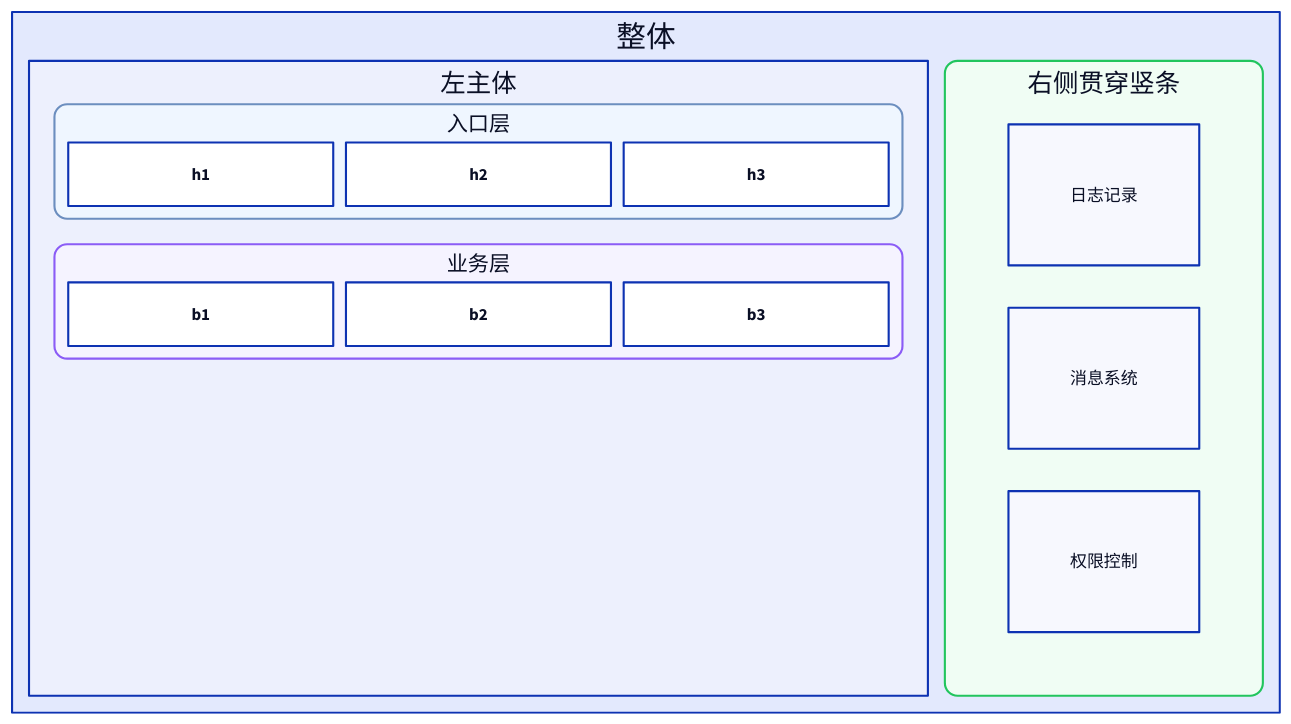
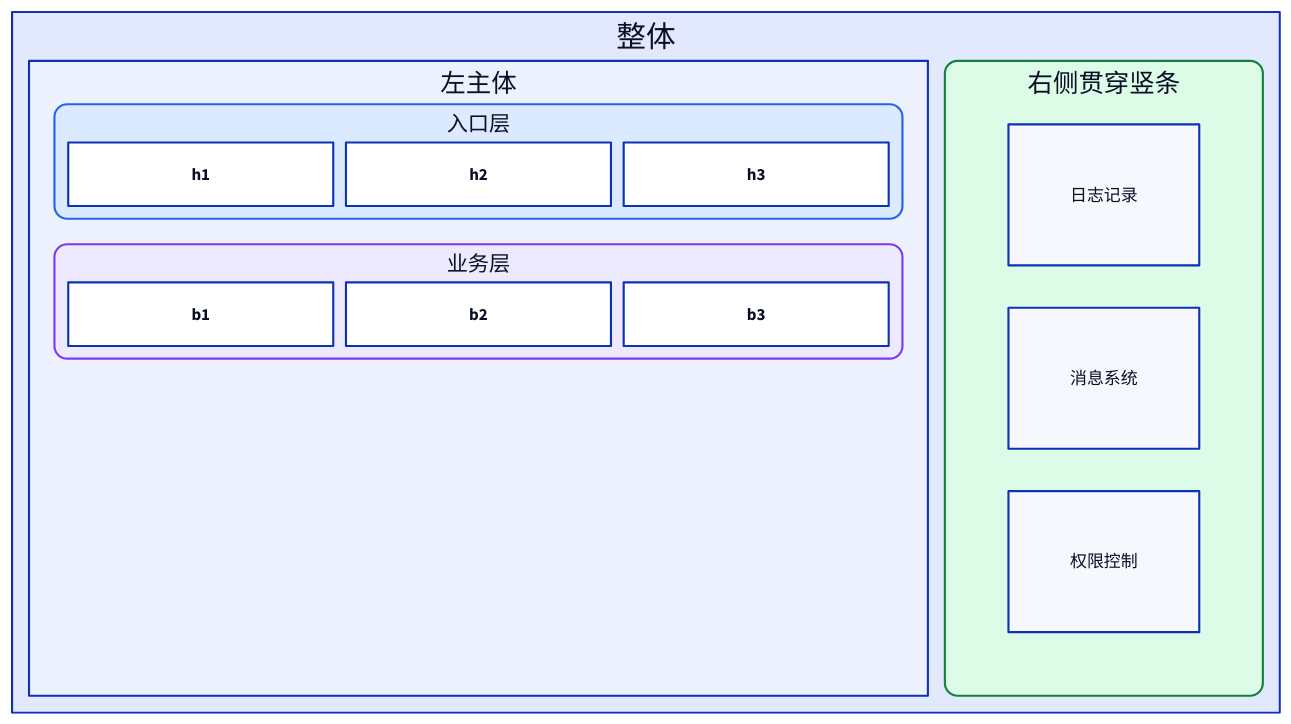
One commit to syllr/skills changed the fifth of 9 diagrams in skills/c4-container-diagram/SKILL.md. Above: the diagram before and after it, drawn with D2. The commit also changed other lines of this file, not shown here.

````diff
--- a/skills/c4-container-diagram/SKILL.md
+++ b/skills/c4-container-diagram/SKILL.md
@@ -523,32 +523,32 @@
 ```d2
 vars: { d2-config: { layout-engine: elk } }
 整体: {
   grid-columns: 2          # ← 分两栏：左主体 + 右贯穿栏（3 栏则为左右双竖条）
   grid-rows: 1
   grid-gap: 16
 
   左主体: {                 # 主体：内部各层纵向堆叠（复用 §5.1 结构）
     grid-rows: 1; grid-columns: 1; grid-gap: 24
-    入口层: { width: 800; grid-columns: 3; grid-gap: 12; style.fill: "#eff6ff"; style.stroke: "#6c8ebf"; style.border-radius: 12
+    入口层: { width: 800; grid-columns: 3; grid-gap: 12; style.fill: "#dbeafe"; style.stroke: "#2563eb"; style.border-radius: 12
       h1: { width: 250; height: 60; class: module }
       h2: { width: 250; height: 60; class: module }
       h3: { width: 250; height: 60; class: module }
     }
-    业务层: { width: 800; grid-columns: 3; grid-gap: 12; style.fill: "#f5f3ff"; style.stroke: "#8b5cf6"; style.border-radius: 12
+    业务层: { width: 800; grid-columns: 3; grid-gap: 12; style.fill: "#ede9fe"; style.stroke: "#7c3aed"; style.border-radius: 12
       b1: { width: 250; height: 60; class: module }
       b2: { width: 250; height: 60; class: module }
       b3: { width: 250; height: 60; class: module }
     }
   }
 
   右侧贯穿竖条: {            # ← 贯穿栏：独立顶层容器，高度由外层 grid 与主体现高（勿设 height，会被覆盖）
     width: 300               # ← ≥ 最宽 label + 120（"日志记录"4 字≈160 → 300 安全，见 6.13）
     grid-columns: 1           # ← 关键：只定义列（一维）+ 不写 grid-gap → 子容器垂直均匀分布（见 6.13）
-    style.fill: "#f0fdf4"; style.stroke: "#22c55e"; style.border-radius: 12
+    style.fill: "#dcfce7"; style.stroke: "#15803d"; style.border-radius: 12
     # 子容器 width = 竖条 width − 120（水平居中对称，铁律 2）；height 按 6.13 公式：主体高 600 → (600−120−2×40)/3 ≈ 133
     r1: { label: "日志记录"; width: 180; height: 133; class: module }
     r2: { label: "消息系统"; width: 180; height: 133; class: module }
     r3: { label: "权限控制"; width: 180; height: 133; class: module }
   }
 }
 ```
````
